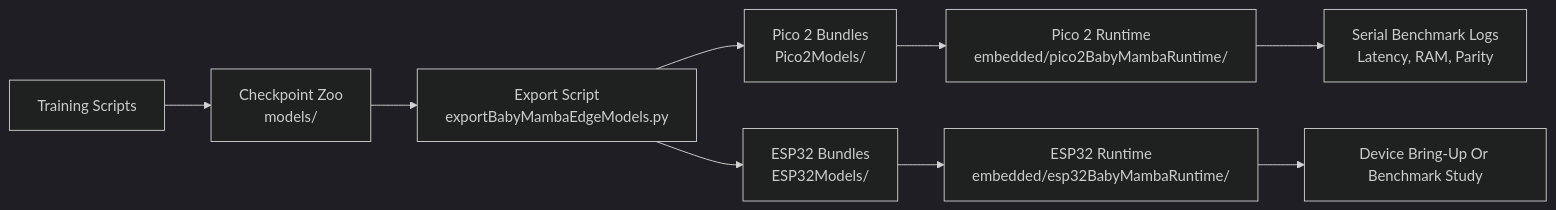
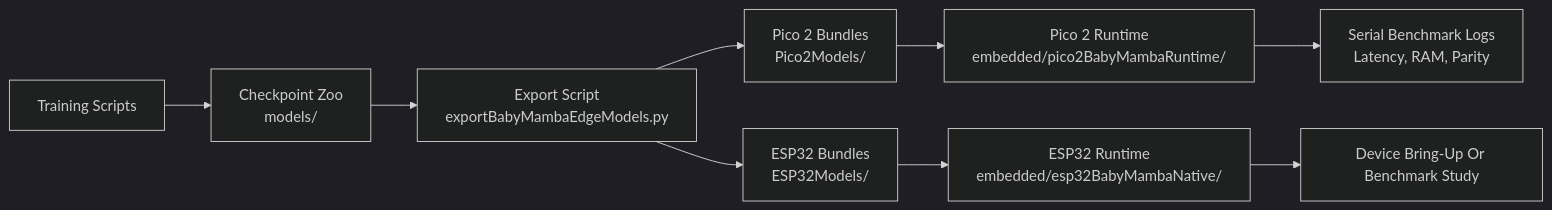
Before and after one commit to WhiteMetagross/BabyMambaHAR: the diagram in docs/EdgeDeployment.md, drawn with Mermaid (dark theme). The commit also changed other lines of this file and 100 other files, not shown here.

Commit message:
Add native ESP32 BabyMamba deployment workflow

````diff
--- a/docs/EdgeDeployment.md
+++ b/docs/EdgeDeployment.md
@@ -18,11 +18,11 @@
 ```mermaid
 flowchart LR
     A["Training Scripts"] --> B["Checkpoint Zoo<br/>models/"]
     B --> C["Export Script<br/>exportBabyMambaEdgeModels.py"]
     C --> D["Pico 2 Bundles<br/>Pico2Models/"]
     C --> E["ESP32 Bundles<br/>ESP32Models/"]
     D --> F["Pico 2 Runtime<br/>embedded/pico2BabyMambaRuntime/"]
-    E --> G["ESP32 Runtime<br/>embedded/esp32BabyMambaRuntime/"]
+    E --> G["ESP32 Runtime<br/>embedded/esp32BabyMambaNative/"]
     F --> H["Serial Benchmark Logs<br/>Latency, RAM, Parity"]
     G --> I["Device Bring-Up Or Benchmark Study"]
 ```
````
